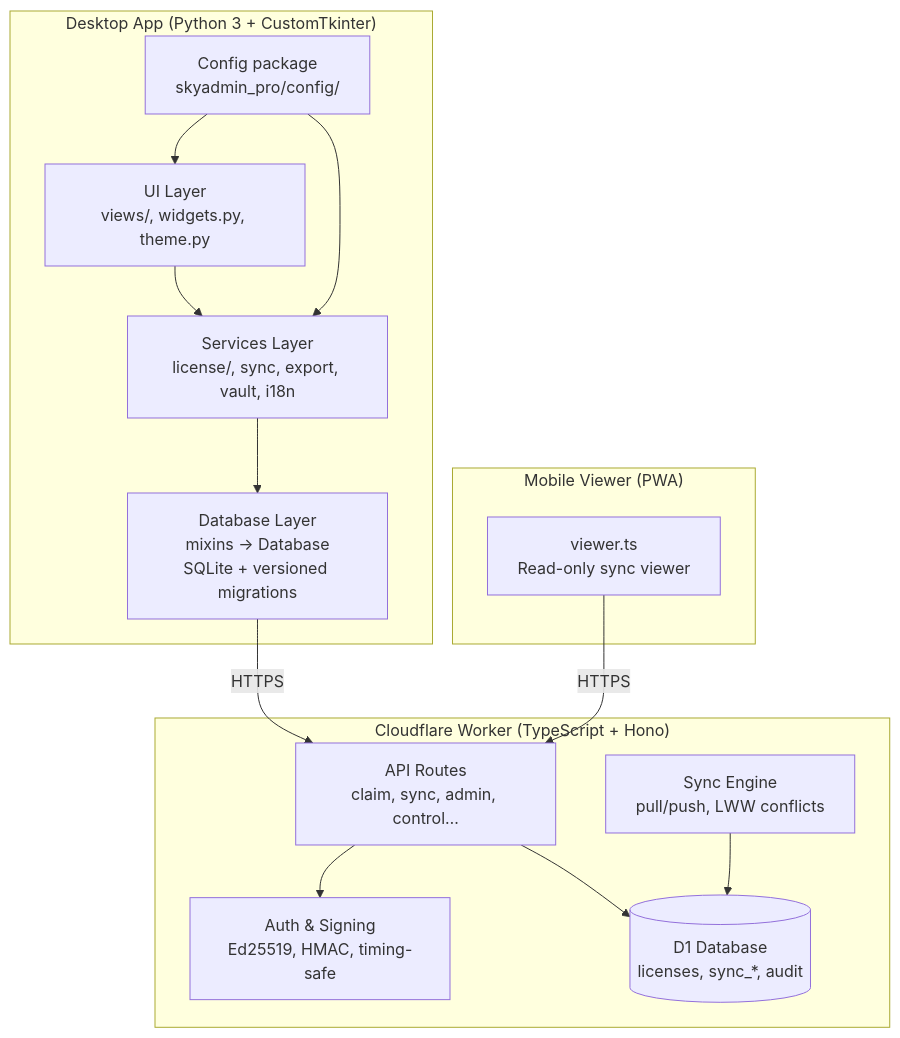
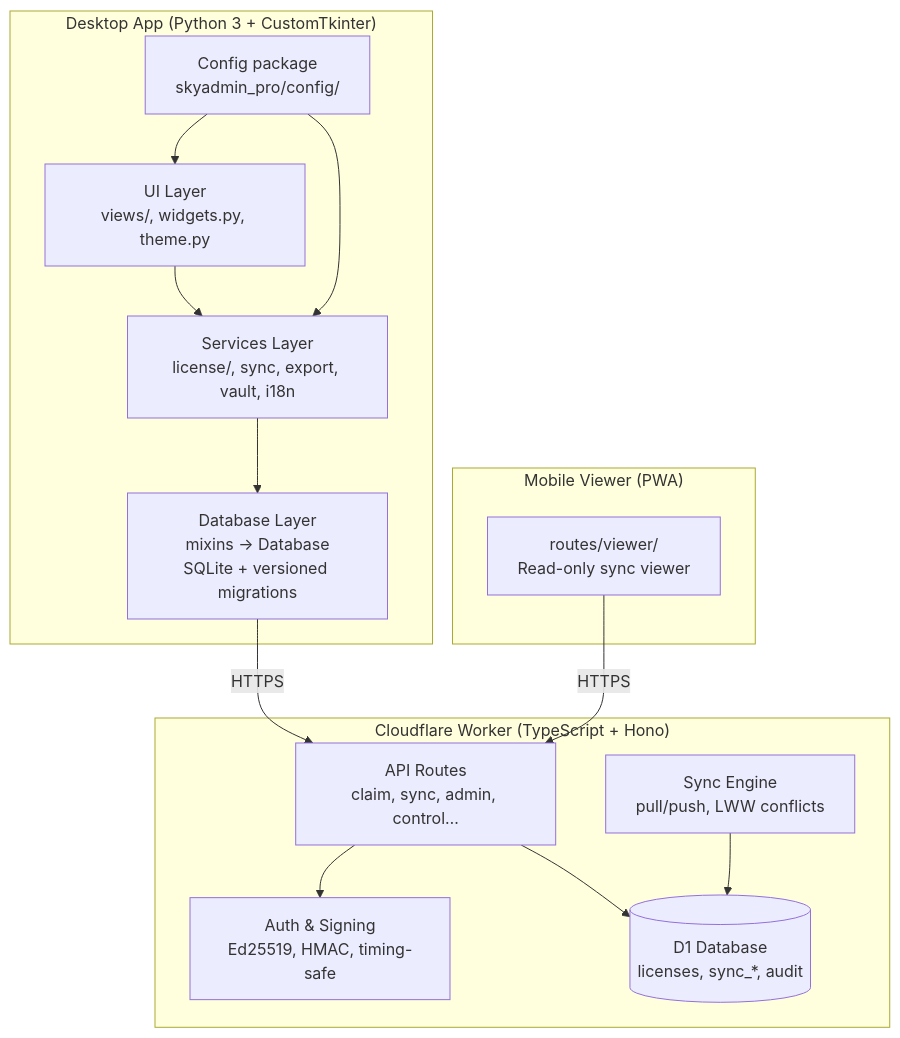
One commit to WaiYanTunOo/SkyAdmin-Pro changed the diagram in docs/ARCHITECTURE.md. Above: the diagram before and after it, drawn with Mermaid. The commit also changed other lines of this file and 817 other files, not shown here.

````diff
--- a/docs/ARCHITECTURE.md
+++ b/docs/ARCHITECTURE.md
@@ -8,30 +8,30 @@
 ```mermaid
 flowchart TB
     subgraph Desktop["Desktop App (Python 3 + CustomTkinter)"]
         UI["UI Layer<br/>views/, widgets.py, theme.py"]
         SVC["Services Layer<br/>license/, sync, export, vault, i18n"]
         DB["Database Layer<br/>mixins → Database<br/>SQLite + versioned migrations"]
         CFG["Config package<br/>skyadmin_pro/config/"]
     end
 
     subgraph Worker["Cloudflare Worker (TypeScript + Hono)"]
         API["API Routes<br/>claim, sync, admin, control…"]
         AUTH["Auth & Signing<br/>Ed25519, HMAC, timing-safe"]
         SYNC["Sync Engine<br/>pull/push, LWW conflicts"]
         D1[("D1 Database<br/>licenses, sync_*, audit")]
     end
 
     subgraph Client["Mobile Viewer (PWA)"]
-        PWA["viewer.ts<br/>Read-only sync viewer"]
+        PWA["routes/viewer/<br/>Read-only sync viewer"]
     end
 
     UI --> SVC
     SVC --> DB
     CFG --> UI
     CFG --> SVC
     DB -->|"HTTPS"| API
     API --> D1
     SYNC --> D1
     PWA -->|"HTTPS"| API
     API --> AUTH
 ```
````
